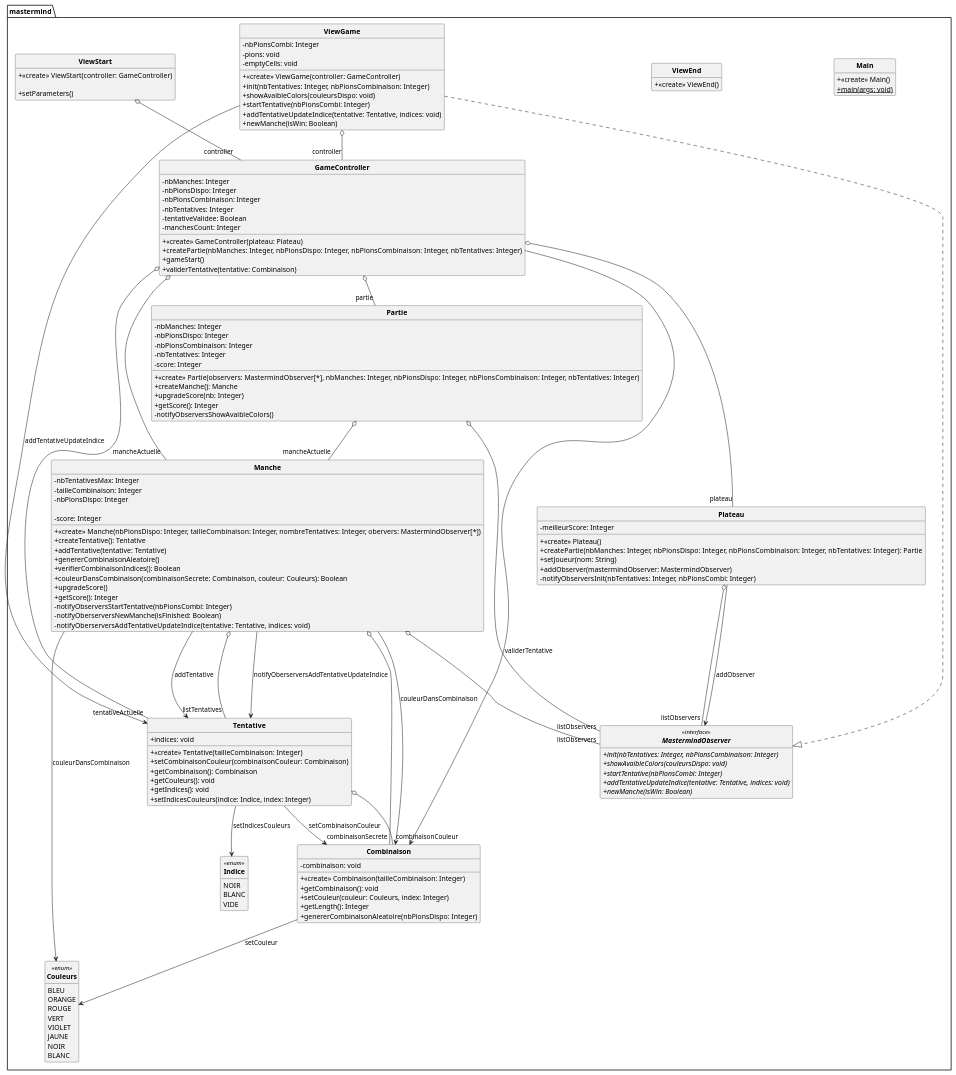
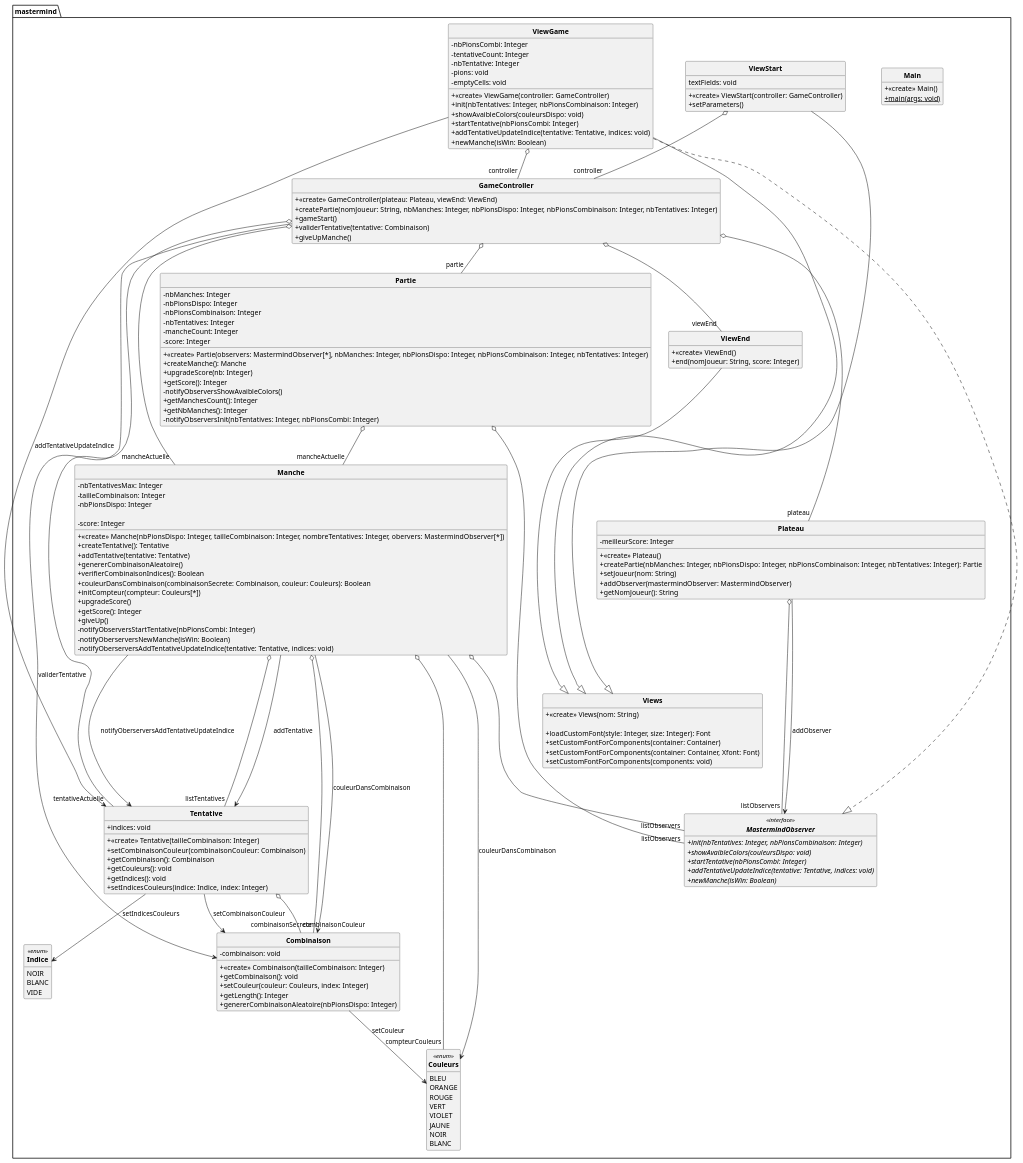
One commit to eliottlebot/mastermind changed the diagram in ProjetMastermind/UML/DCC_Mastermind_genere.puml. Above: the diagram before and after it, drawn with PlantUML. The commit also changed 5 other files, not shown here.

```diff
--- a/ProjetMastermind/UML/DCC_Mastermind_genere.puml
+++ b/ProjetMastermind/UML/DCC_Mastermind_genere.puml
@@ -30,20 +30,16 @@
 
 }
 Class mastermind.GameController{
-+ <<create>> GameController(plateau: Plateau)
++ <<create>> GameController(plateau: Plateau, viewEnd: ViewEnd)
 
 
 
 
-- nbManches: Integer
-- nbPionsDispo: Integer
-- nbPionsCombinaison: Integer
-- nbTentatives: Integer
-- tentativeValidee: Boolean
-- manchesCount: Integer
-+ createPartie(nbManches: Integer, nbPionsDispo: Integer, nbPionsCombinaison: Integer, nbTentatives: Integer)
+
++ createPartie(nomJoueur: String, nbManches: Integer, nbPionsDispo: Integer, nbPionsCombinaison: Integer, nbTentatives: Integer)
 + gameStart()
 + validerTentative(tentative: Combinaison)
++ giveUpManche()
 
 }
 
@@ -51,6 +47,7 @@
 mastermind.GameController o-- "partie"mastermind.Partie
 mastermind.GameController o-- "mancheActuelle"mastermind.Manche
 mastermind.GameController o-- "tentativeActuelle"mastermind.Tentative
+mastermind.GameController o-- "viewEnd"mastermind.ViewEnd
 mastermind.GameController --> mastermind.Combinaison: validerTentative
 
 
@@ -77,15 +74,18 @@
 
 - score: Integer
 
+
 + createTentative(): Tentative
 + addTentative(tentative: Tentative)
 + genererCombinaisonAleatoire()
 + verifierCombinaisonIndices(): Boolean
 + couleurDansCombinaison(combinaisonSecrete: Combinaison, couleur: Couleurs): Boolean
++ initCompteur(compteur: Couleurs[*])
 + upgradeScore()
 + getScore(): Integer
++ giveUp()
 - notifyObserversStartTentative(nbPionsCombi: Integer)
-- notifyOberserversNewManche(isFinished: Boolean)
+- notifyOberserversNewManche(isWin: Boolean)
 - notifyOberserversAddTentativeUpdateIndice(tentative: Tentative, indices: void)
 
 }
@@ -93,6 +93,7 @@
 mastermind.Manche o-- "combinaisonSecrete"mastermind.Combinaison
 mastermind.Manche o--- "listTentatives"mastermind.Tentative
 mastermind.Manche o--- "listObservers"mastermind.MastermindObserver
+mastermind.Manche o--- "compteurCouleurs"mastermind.Couleurs
 mastermind.Manche --> mastermind.Tentative: addTentative
 mastermind.Manche --> mastermind.Combinaison: couleurDansCombinaison
 mastermind.Manche --> mastermind.Couleurs: couleurDansCombinaison
@@ -114,6 +115,7 @@
 - nbPionsDispo: Integer
 - nbPionsCombinaison: Integer
 - nbTentatives: Integer
+- mancheCount: Integer
 - score: Integer
 
 
@@ -121,6 +123,9 @@
 + upgradeScore(nb: Integer)
 + getScore(): Integer
 - notifyObserversShowAvaibleColors()
++ getManchesCount(): Integer
++ getNbManches(): Integer
+- notifyObserversInit(nbTentatives: Integer, nbPionsCombi: Integer)
 
 }
 
@@ -136,7 +141,7 @@
 + createPartie(nbManches: Integer, nbPionsDispo: Integer, nbPionsCombinaison: Integer, nbTentatives: Integer): Partie
 + setJoueur(nom: String)
 + addObserver(mastermindObserver: MastermindObserver)
-- notifyObserversInit(nbTentatives: Integer, nbPionsCombi: Integer)
++ getNomJoueur(): String
 
 }
 
@@ -163,11 +168,12 @@
 
 Class mastermind.ViewEnd{
 + <<create>> ViewEnd()
++ end(nomJoueur: String, score: Integer)
 
 }
 
 
-
+mastermind.ViewEnd ---|> mastermind.Views
 Class mastermind.ViewGame{
 + <<create>> ViewGame(controller: GameController)
 
@@ -177,6 +183,8 @@
 
 
 - nbPionsCombi: Integer
+- tentativeCount: Integer
+- nbTentative: Integer
 - pions: void
 - emptyCells: void
 + init(nbTentatives: Integer, nbPionsCombinaison: Integer)
@@ -191,16 +199,29 @@
 mastermind.ViewGame o-- "controller"mastermind.GameController
 mastermind.ViewGame --> mastermind.Tentative: addTentativeUpdateIndice
 
+mastermind.ViewGame ---|> mastermind.Views
+Class mastermind.Views{
++ <<create>> Views(nom: String)
+
++ loadCustomFont(style: Integer, size: Integer): Font
++ setCustomFontForComponents(container: Container)
++ setCustomFontForComponents(container: Container, Xfont: Font)
++ setCustomFontForComponents(components: void)
+
+}
+
+
 
 Class mastermind.ViewStart{
 + <<create>> ViewStart(controller: GameController)
 
+textFields: void
 + setParameters()
 
 }
 
 mastermind.ViewStart o-- "controller"mastermind.GameController
 
-
+mastermind.ViewStart ---|> mastermind.Views
 
 @enduml
```
